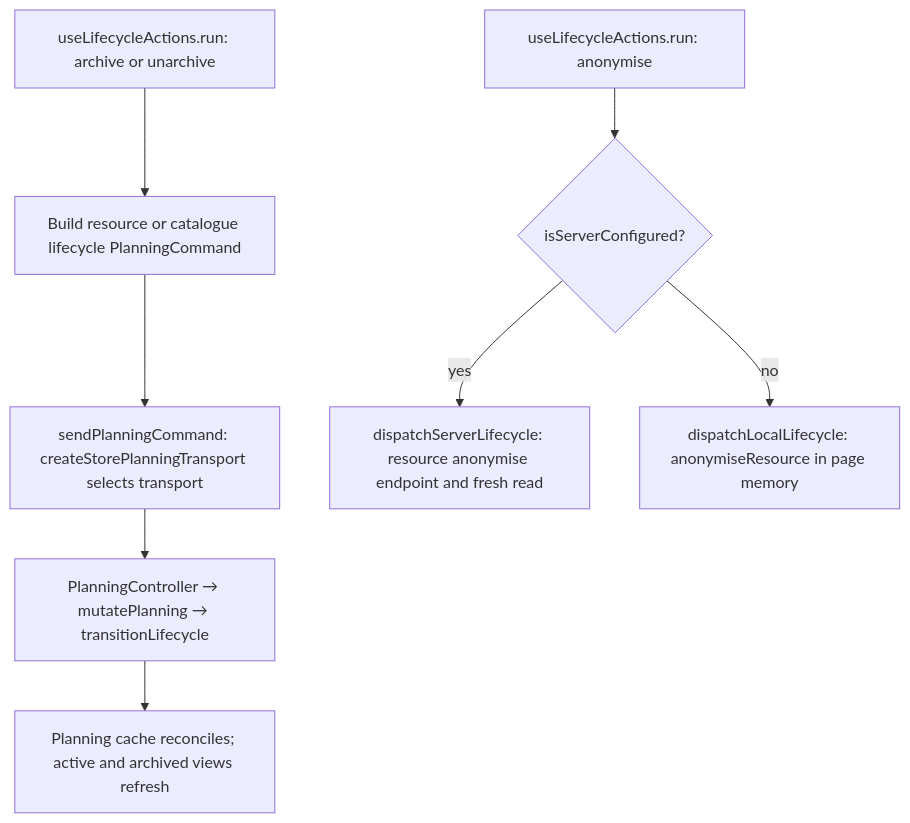
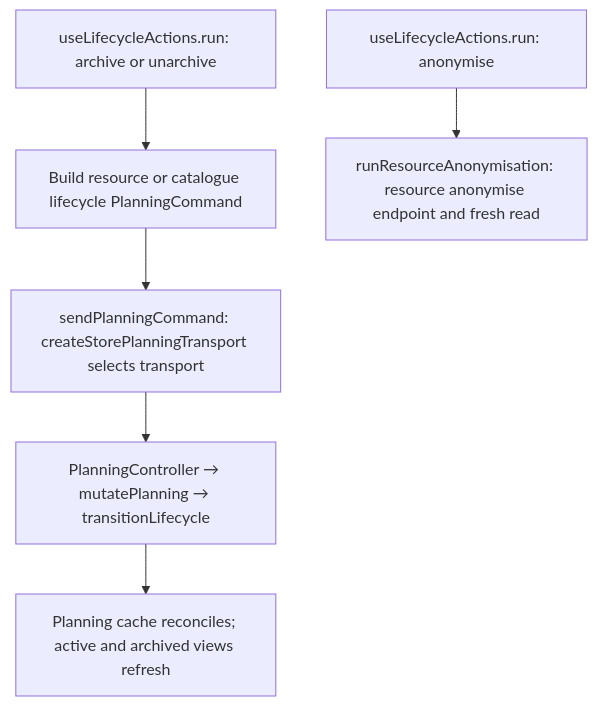
Before and after one commit to Kevinjohn/capacitylens: the second of 2 diagrams in user-stories/settings/US-SET-12-archived-deleted.md, drawn with Mermaid.

Commit message:
Name the resource anonymisation function in the archived-and-deleted story
Part of #2027. The story's flow diagram still named
dispatchServerLifecycle, which this branch moved to
runResourceAnonymisation, and a local in-memory branch that no longer
exists; anonymisation always goes to the server.

````diff
--- a/user-stories/settings/US-SET-12-archived-deleted.md
+++ b/user-stories/settings/US-SET-12-archived-deleted.md
@@ -34,10 +34,8 @@
 ```mermaid
 flowchart TD
 archive["useLifecycleActions.run: archive or unarchive"] --> command["Build resource or catalogue lifecycle PlanningCommand"]
   command --> send["sendPlanningCommand: createStorePlanningTransport selects transport"]
   send --> server["PlanningController → mutatePlanning → transitionLifecycle"]
   server --> view["Planning cache reconciles; active and archived views refresh"]
-  individual["useLifecycleActions.run: anonymise"] --> configured{"isServerConfigured?"}
-  configured -->|yes| named["dispatchServerLifecycle: resource anonymise endpoint and fresh read"]
-  configured -->|no| local["dispatchLocalLifecycle: anonymiseResource in page memory"]
+  individual["useLifecycleActions.run: anonymise"] --> named["runResourceAnonymisation: resource anonymise endpoint and fresh read"]
 ```
````
